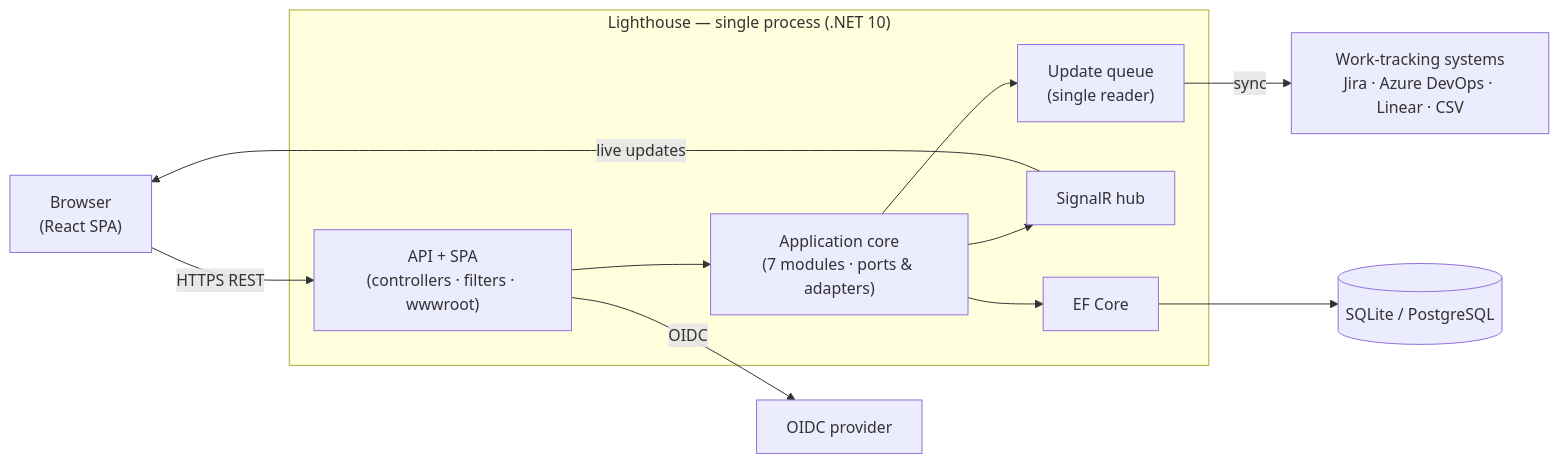
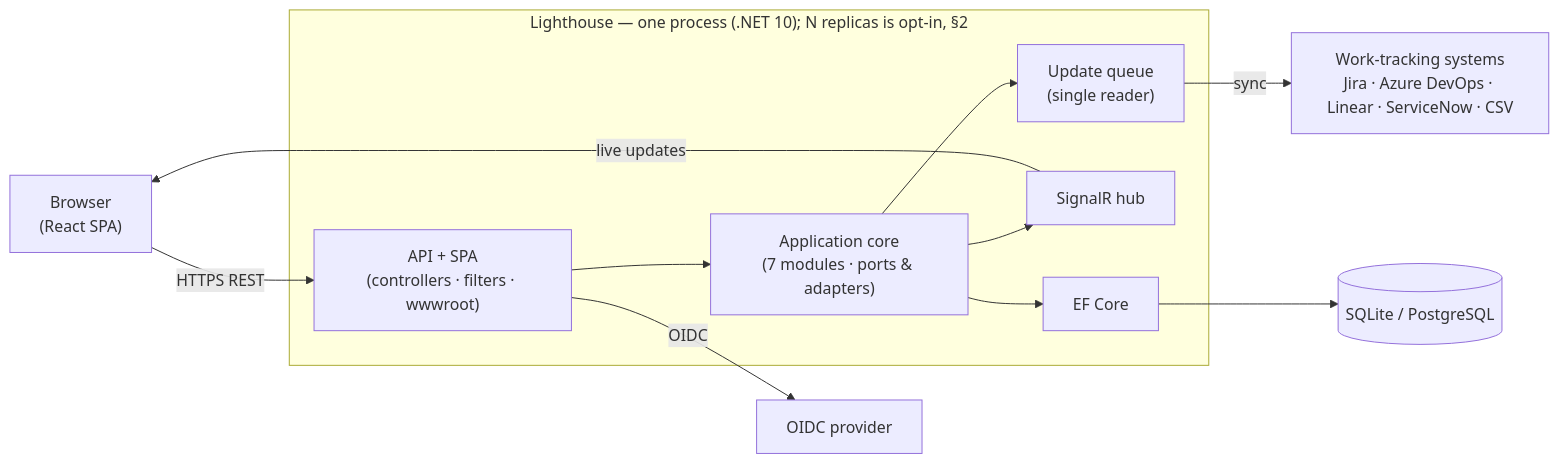
Before and after one commit to LetPeopleWork/Lighthouse: the first of 4 diagrams in ARCHITECTURE.md, drawn with Mermaid. The commit also changed other lines of this file, not shown here.

First line of the commit message:
docs(architecture): bring the overview up to date with the cluster substrate, the embed surface and 107 newer ADRs

````diff
--- a/ARCHITECTURE.md
+++ b/ARCHITECTURE.md
@@ -21,23 +21,23 @@
 ```mermaid
 graph LR
   Browser["Browser<br/>(React SPA)"]
-  WTS["Work-tracking systems<br/>Jira · Azure DevOps · Linear · CSV"]
+  WTS["Work-tracking systems<br/>Jira · Azure DevOps · Linear · ServiceNow · CSV"]
   IdP["OIDC provider"]
   DB[("SQLite / PostgreSQL")]
-  subgraph Proc["Lighthouse — single process (.NET 10)"]
+  subgraph Proc["Lighthouse — one process (.NET 10); N replicas is opt-in, §2"]
     API["API + SPA<br/>(controllers · filters · wwwroot)"]
     Core["Application core<br/>(7 modules · ports & adapters)"]
     Queue["Update queue<br/>(single reader)"]
     Hub["SignalR hub"]
     EF["EF Core"]
     API --> Core
     Core --> Queue
     Core --> Hub
     Core --> EF
   end
   Browser -->|HTTPS REST| API
   Hub -->|live updates| Browser
   API -->|OIDC| IdP
   Queue -->|sync| WTS
   EF --> DB
 ```
````
